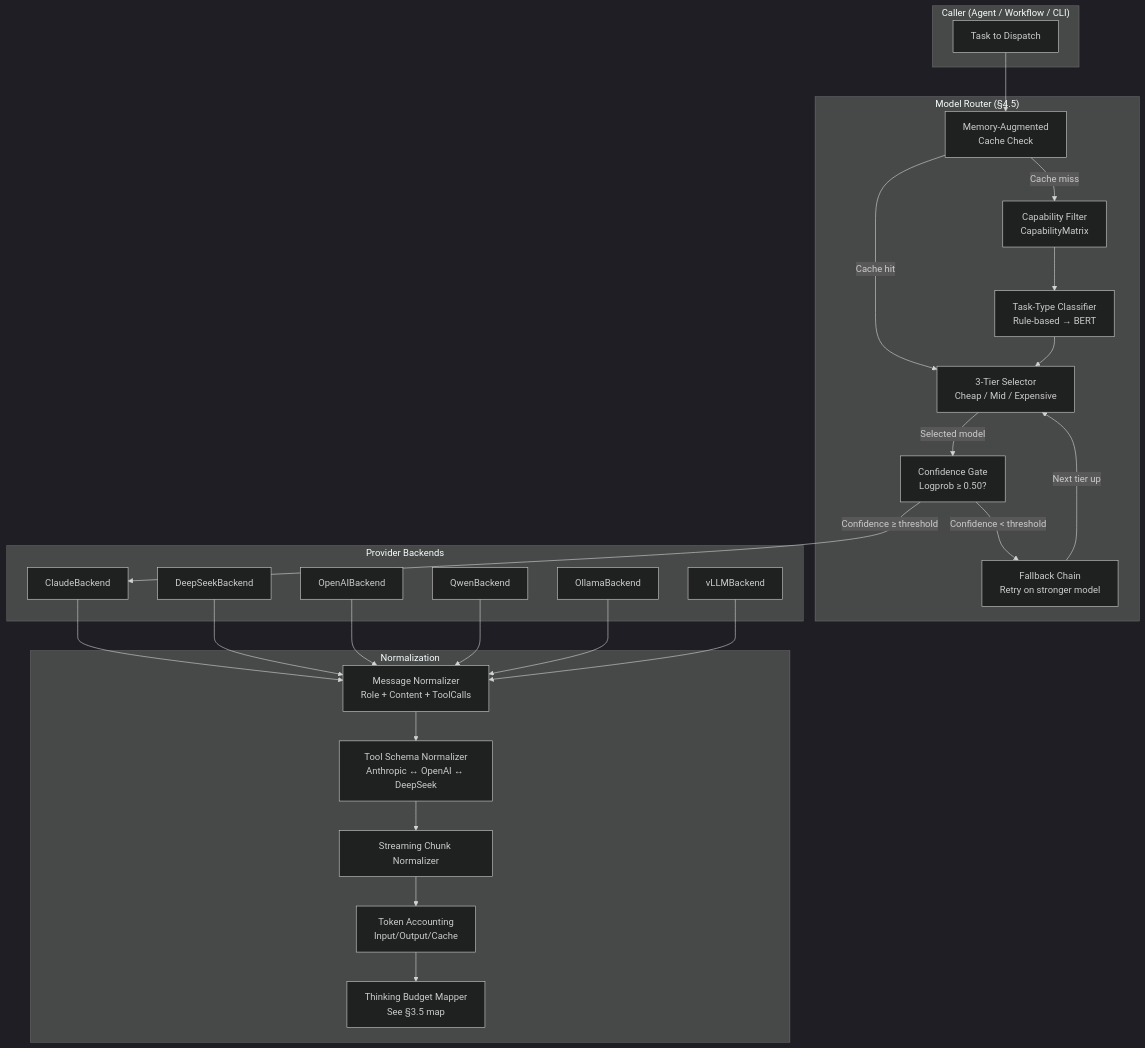
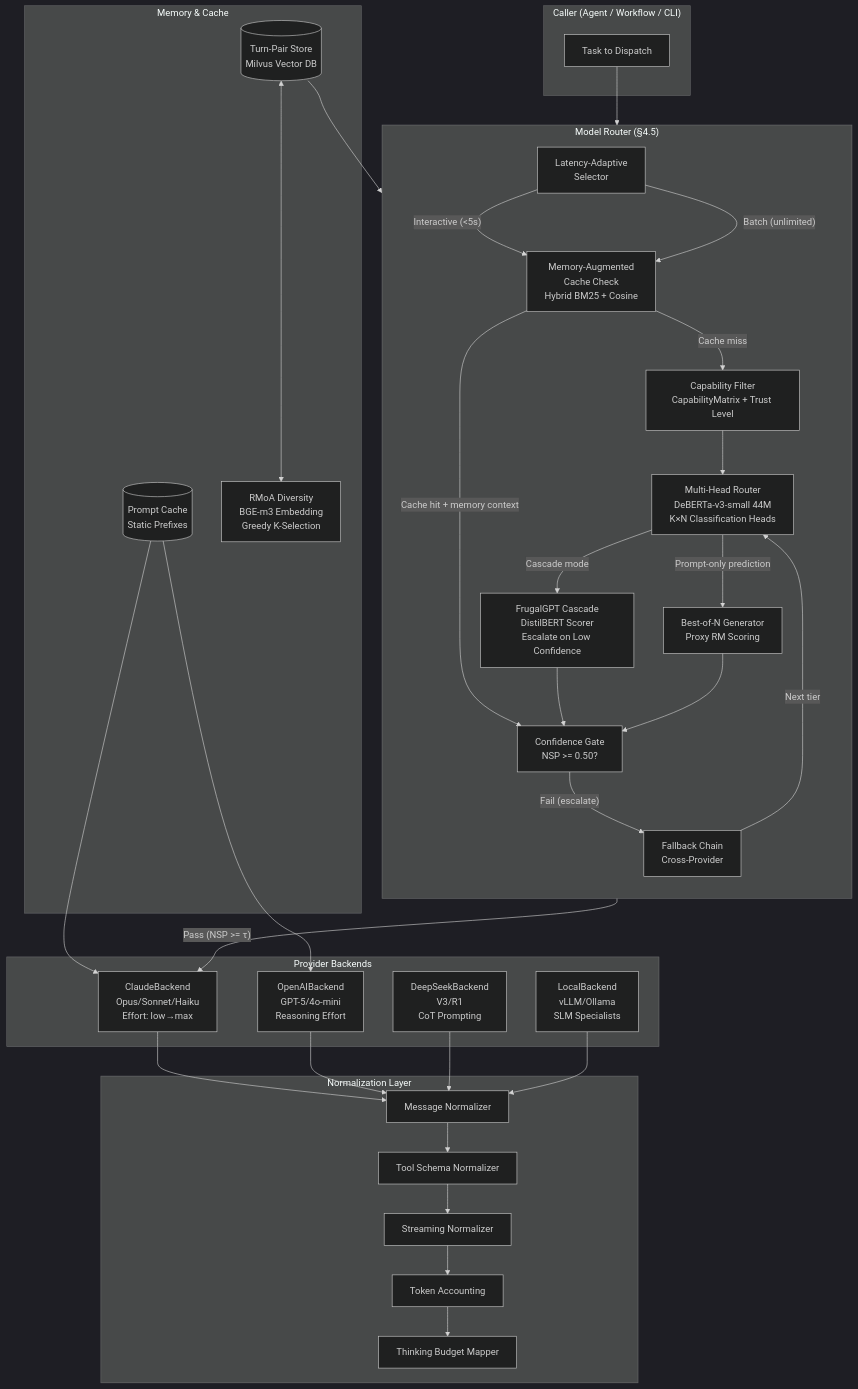
Before and after one commit to ndqkhanh/lyra: the diagram in docs/lyra-upgrade/plans/05-model-router.md, drawn with Mermaid (dark theme). The commit also changed other lines of this file and 776 other files, not shown here.

````diff
--- a/docs/lyra-upgrade/plans/05-model-router.md
+++ b/docs/lyra-upgrade/plans/05-model-router.md
@@ -287,54 +435,68 @@
 ```mermaid
 graph TB
     subgraph "Caller (Agent / Workflow / CLI)"
         TASK[Task to Dispatch]
     end
 
     subgraph "Model Router (§4.5)"
-        MEM[Memory-Augmented<br/>Cache Check]
-        CAP[Capability Filter<br/>CapabilityMatrix]
-        CLS[Task-Type Classifier<br/>Rule-based → BERT]
-        TIER[3-Tier Selector<br/>Cheap / Mid / Expensive]
-        CONF[Confidence Gate<br/>Logprob ≥ 0.50?]
-        FALLBACK[Fallback Chain<br/>Retry on stronger model]
+        direction TB
+        LATENCY[Latency-Adaptive<br/>Selector]
+        MEM[Memory-Augmented<br/>Cache Check<br/>Hybrid BM25 + Cosine]
+        CAP[Capability Filter<br/>CapabilityMatrix + Trust Level]
+        MHROUTER[Multi-Head Router<br/>DeBERTa-v3-small 44M<br/>K×N Classification Heads]
+        CASCADE[FrugalGPT Cascade<br/>DistilBERT Scorer<br/>Escalate on Low Confidence]
+        BON[Best-of-N Generator<br/>Proxy RM Scoring]
+        CONF[Confidence Gate<br/>NSP >= 0.50?]
+        FALLBACK[Fallback Chain<br/>Cross-Provider]
+    end
+
+    subgraph "Memory & Cache"
+        PROMPTCACHE[(Prompt Cache<br/>Static Prefixes)]
+        TURNSTORE[(Turn-Pair Store<br/>Milvus Vector DB)]
+        DIVSELECT[RMoA Diversity<br/>BGE-m3 Embedding<br/>Greedy K-Selection]
     end
 
     subgraph "Provider Backends"
-        CB[ClaudeBackend]
-        DB[DeepSeekBackend]
-        OB[OpenAIBackend]
-        QB[QwenBackend]
-        OLB[OllamaBackend]
-        VLB[vLLMBackend]
+        CB[ClaudeBackend<br/>Opus/Sonnet/Haiku<br/>Effort: low→max]
+        OB[OpenAIBackend<br/>GPT-5/4o-mini<br/>Reasoning Effort]
+        DB[DeepSeekBackend<br/>V3/R1<br/>CoT Prompting]
+        LB[LocalBackend<br/>vLLM/Ollama<br/>SLM Specialists]
     end
 
-    subgraph "Normalization"
-        MSG[Message Normalizer<br/>Role + Content + ToolCalls]
-        SCHEMA[Tool Schema Normalizer<br/>Anthropic ↔ OpenAI ↔ DeepSeek]
-        STRM[Streaming Chunk Normalizer]
-        TOK[Token Accounting<br/>Input/Output/Cache]
-        THK[Thinking Budget Mapper<br/>See §3.5 map]
+    subgraph "Normalization Layer"
+        MSG[Message Normalizer]
+        SCHEMA[Tool Schema Normalizer]
+        STRM[Streaming Normalizer]
+        TOK[Token Accounting]
+        THK[Thinking Budget Mapper]
     end
 
-    TASK --> MEM
-    MEM -->|Cache miss| CAP
-    MEM -->|Cache hit| TIER
-    CAP --> CLS
-    CLS --> TIER
-    TIER -->|Selected model| CONF
-    CONF -->|Confidence ≥ threshold| CB
-    CONF -->|Confidence < threshold| FALLBACK
-    FALLBACK -->|Next tier up| TIER
+    TASK --> LATENCY
+    LATENCY -->|"Interactive (<5s)"| MEM
+    LATENCY -->|"Batch (unlimited)"| MEM
+
+    MEM -->|"Cache miss"| CAP
+    MEM -->|"Cache hit + memory context"| CONF
+    CAP --> MHROUTER
+
+    MHROUTER -->|"Prompt-only prediction"| BON
+    MHROUTER -->|"Cascade mode"| CASCADE
+    CASCADE --> CONF
+    BON --> CONF
+
+    CONF -->|"Pass (NSP >= τ)"| CB
+    CONF -->|"Fail (escalate)"| FALLBACK
+    FALLBACK -->|"Next tier"| MHROUTER
+
+    TURNSTORE <--> DIVSELECT
+    TURNSTORE --> MEM
+    PROMPTCACHE --> CB
+    PROMPTCACHE --> OB
 
     CB --> MSG
+    OB --> MSG
     DB --> MSG
-    OB --> MSG
-    QB --> MSG
-    OLB --> MSG
-    VLB --> MSG
+    LB --> MSG
 
-    MSG --> SCHEMA
-    SCHEMA --> STRM
-    STRM --> TOK
-    TOK --> THK
+    MSG --> SCHEMA --> STRM --> TOK --> THK
 ```
````
